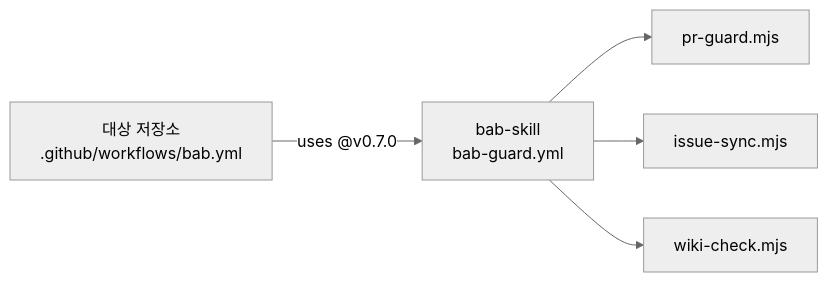
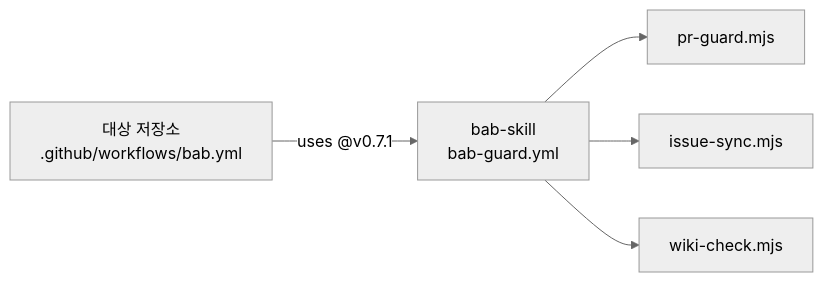
One commit to freevue/bab-skill changed the second of 4 diagrams in README.md. Above: the diagram before and after it, drawn with Mermaid (neutral theme). The commit also changed other lines of this file and 12 other files, not shown here.

````diff
--- a/README.md
+++ b/README.md
@@ -541,7 +551,7 @@
 ```mermaid
 flowchart LR
-  A[대상 저장소<br/>.github/workflows/bab.yml] -->|uses @v0.7.0| B[bab-skill<br/>bab-guard.yml]
+  A[대상 저장소<br/>.github/workflows/bab.yml] -->|uses @v0.7.1| B[bab-skill<br/>bab-guard.yml]
   B --> C[pr-guard.mjs]
   B --> D[issue-sync.mjs]
   B --> E[wiki-check.mjs]
 ```
````
